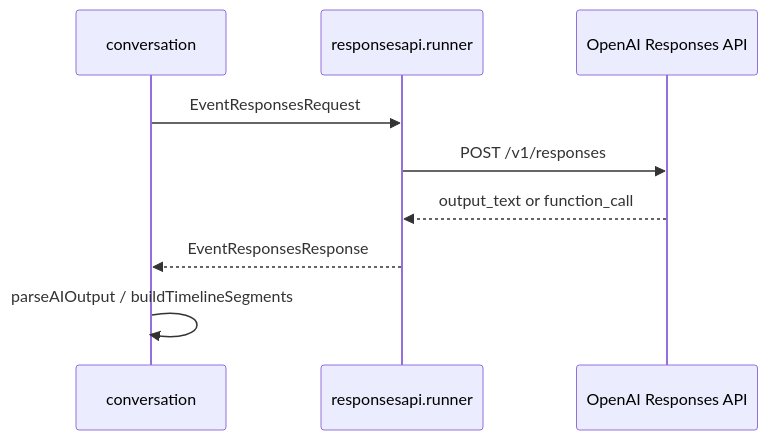
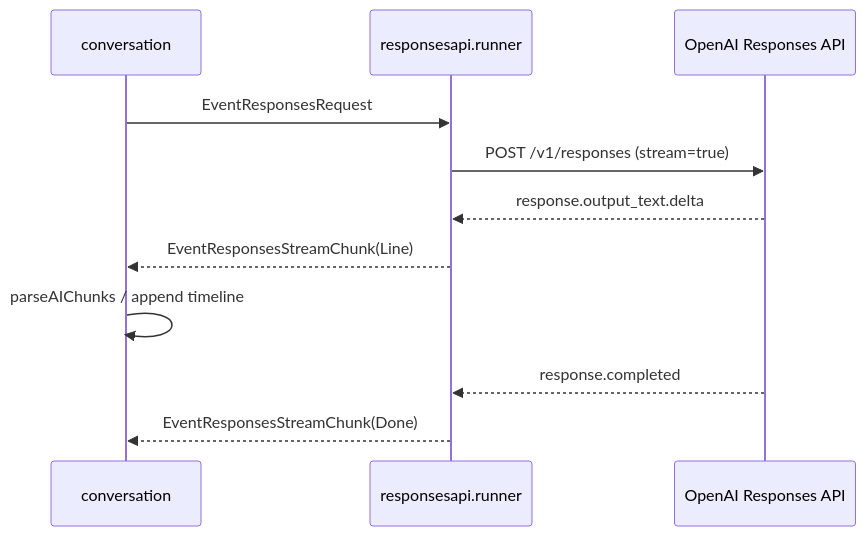
The first of 2 diagrams in docs/LLM連携と出力契約.md (tetetratra/smart-speaker), drawn with Mermaid before and after one commit. The commit also changed other lines of this file and 10 other files, not shown here.

````diff
--- a/docs/LLM連携と出力契約.md
+++ b/docs/LLM連携と出力契約.md
@@ -50,12 +54,14 @@
 ```mermaid
 sequenceDiagram
 	participant C as conversation
 	participant R as responsesapi.runner
 	participant O as OpenAI Responses API
 
 	C->>R: EventResponsesRequest
-	R->>O: POST /v1/responses
-	O-->>R: output_text or function_call
-	R-->>C: EventResponsesResponse
-	C->>C: parseAIOutput / buildTimelineSegments
+	R->>O: POST /v1/responses (stream=true)
+	O-->>R: response.output_text.delta
+	R-->>C: EventResponsesStreamChunk(Line)
+	C->>C: parseAIChunks / append timeline
+	O-->>R: response.completed
+	R-->>C: EventResponsesStreamChunk(Done)
 ```
````
